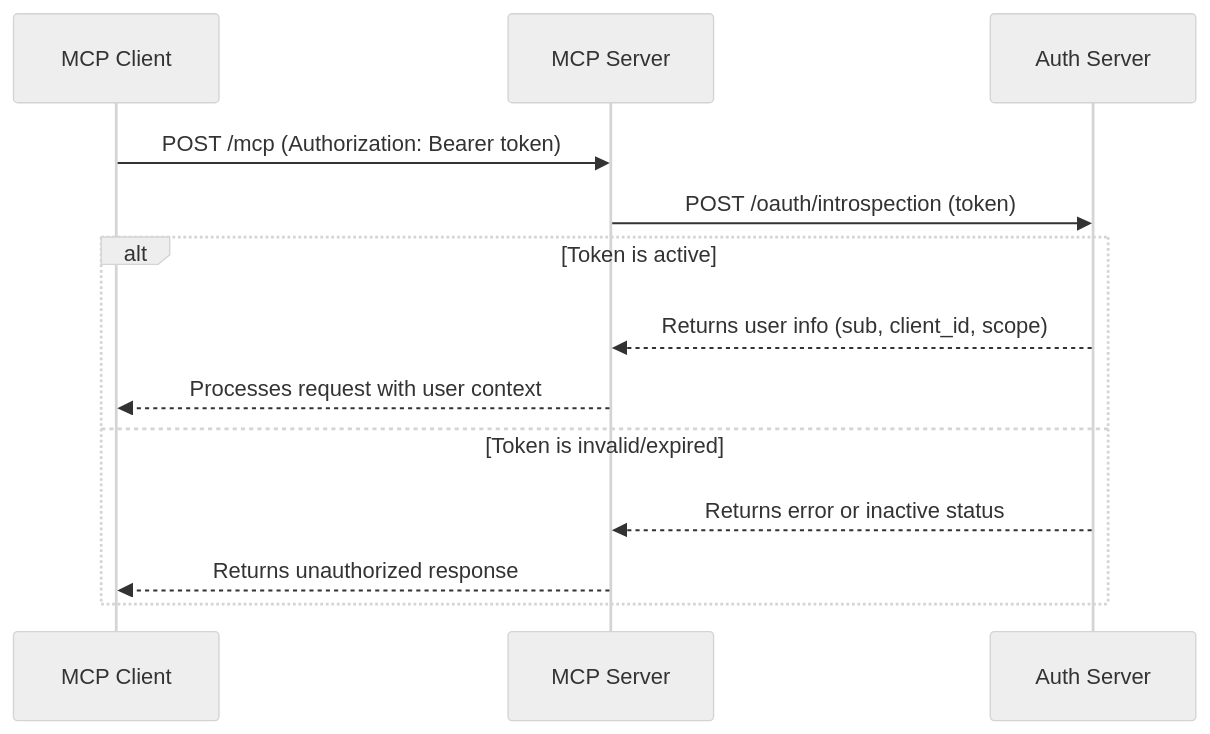
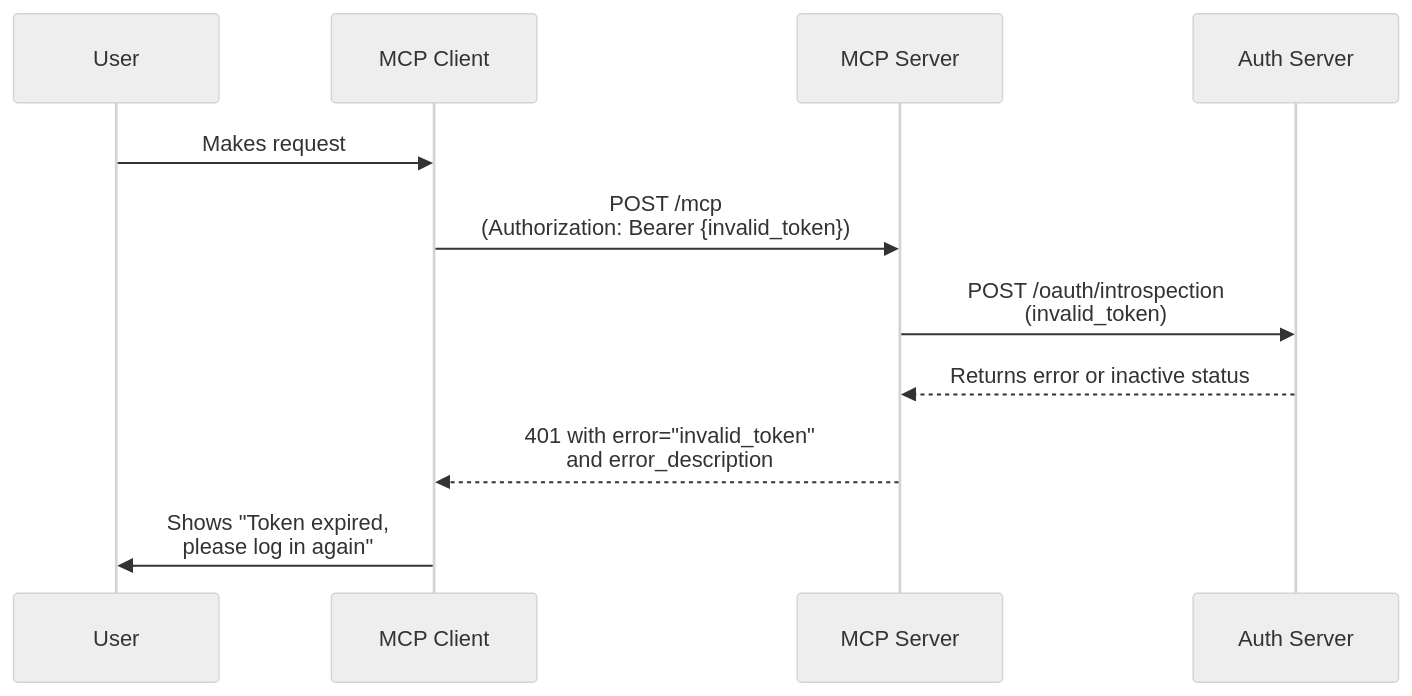
Before and after one commit to rubenpenap/mcp-auth: the diagram in playground/README.mdx, drawn with Mermaid (neutral theme). The commit also changed other lines of this file and 2 other files, not shown here.

First line of the commit message:
refactor: update package name and enhance README for invalid token error handling

````diff
--- a/playground/README.mdx
+++ b/playground/README.mdx
@@ -57,12 +24,9 @@
 ```mermaid
 sequenceDiagram
-    MCP Client->>MCP Server: POST /mcp (Authorization: Bearer token)
-    MCP Server->>Auth Server: POST /oauth/introspection (token)
-    alt Token is active
-        Auth Server-->>MCP Server: Returns user info (sub, client_id, scope)
-        MCP Server-->>MCP Client: Processes request with user context
-    else Token is invalid/expired
-        Auth Server-->>MCP Server: Returns error or inactive status
-        MCP Server-->>MCP Client: Returns unauthorized response
-    end
+    User->>MCP Client: Makes request
+    MCP Client->>MCP Server: POST /mcp<br/>(Authorization: Bearer {invalid_token})
+    MCP Server->>Auth Server: POST /oauth/introspection<br/>(invalid_token)
+    Auth Server-->>MCP Server: Returns error or inactive status
+    MCP Server-->>MCP Client: 401 with error="invalid_token"<br/>and error_description
+    MCP Client->>User: Shows "Token expired,<br/>please log in again"
 ```
````
